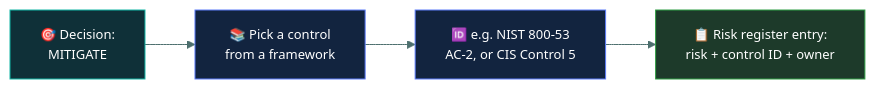
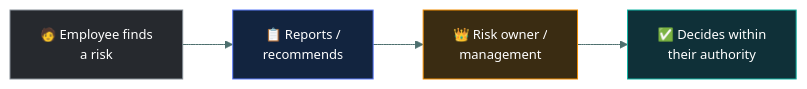
The second of 3 diagrams in 01-security-principles/risk-treatment/README.md (tarunTejaDesireddy/cc-exam-prep), drawn with Mermaid before and after one commit. The commit also changed other lines of this file and 1 other file, not shown here.

First line of the commit message:
Rewrite risk-treatment with the four-treatments caveman walkthrough

````diff
--- a/01-security-principles/risk-treatment/README.md
+++ b/01-security-principles/risk-treatment/README.md
@@ -154,12 +212,12 @@
 ```mermaid
-%%{init: {'theme':'base','themeVariables':{'fontSize':'13px','lineColor':'#4d6f6e','textColor':'#dbe7e6'}}}%%
+%%{init: {'theme':'base','themeVariables':{'fontFamily':'Segoe UI, Helvetica Neue, Arial, sans-serif','fontSize':'13px','lineColor':'#4d6f6e','textColor':'#dbe7e6'}}}%%
 flowchart LR
-    D["🎯 Decision:<br/>MITIGATE"] --> F["📚 Pick a control<br/>from a framework"]
-    F --> ID["🆔 e.g. NIST 800-53<br/>AC-2, or CIS Control 5"]
-    ID --> REG["📋 Risk register entry:<br/>risk + control ID + owner"]
+    E["🧑 Employee finds<br/>a risk"] --> REP["📋 Reports /<br/>recommends"]
+    REP --> O["👑 Risk owner /<br/>management"]
+    O --> D["✅ Decides within<br/>their authority"]
 
+    style E fill:#26292e,stroke:#868E96,color:#fff
+    style REP fill:#12243f,stroke:#5C7CFA,color:#fff
+    style O fill:#3a2c12,stroke:#F08C00,color:#fff
     style D fill:#0f3038,stroke:#12B5A5,color:#fff
-    style F fill:#12243f,stroke:#5C7CFA,color:#fff
-    style ID fill:#12243f,stroke:#5C7CFA,color:#fff
-    style REG fill:#1d3a2a,stroke:#2F9E44,color:#fff
 ```
````
